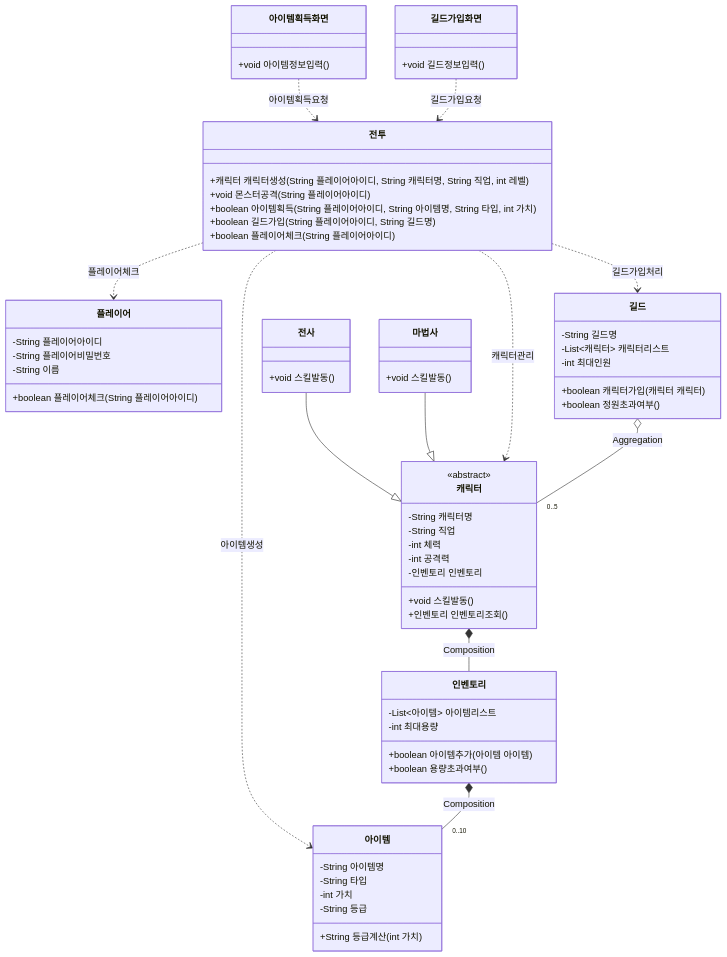
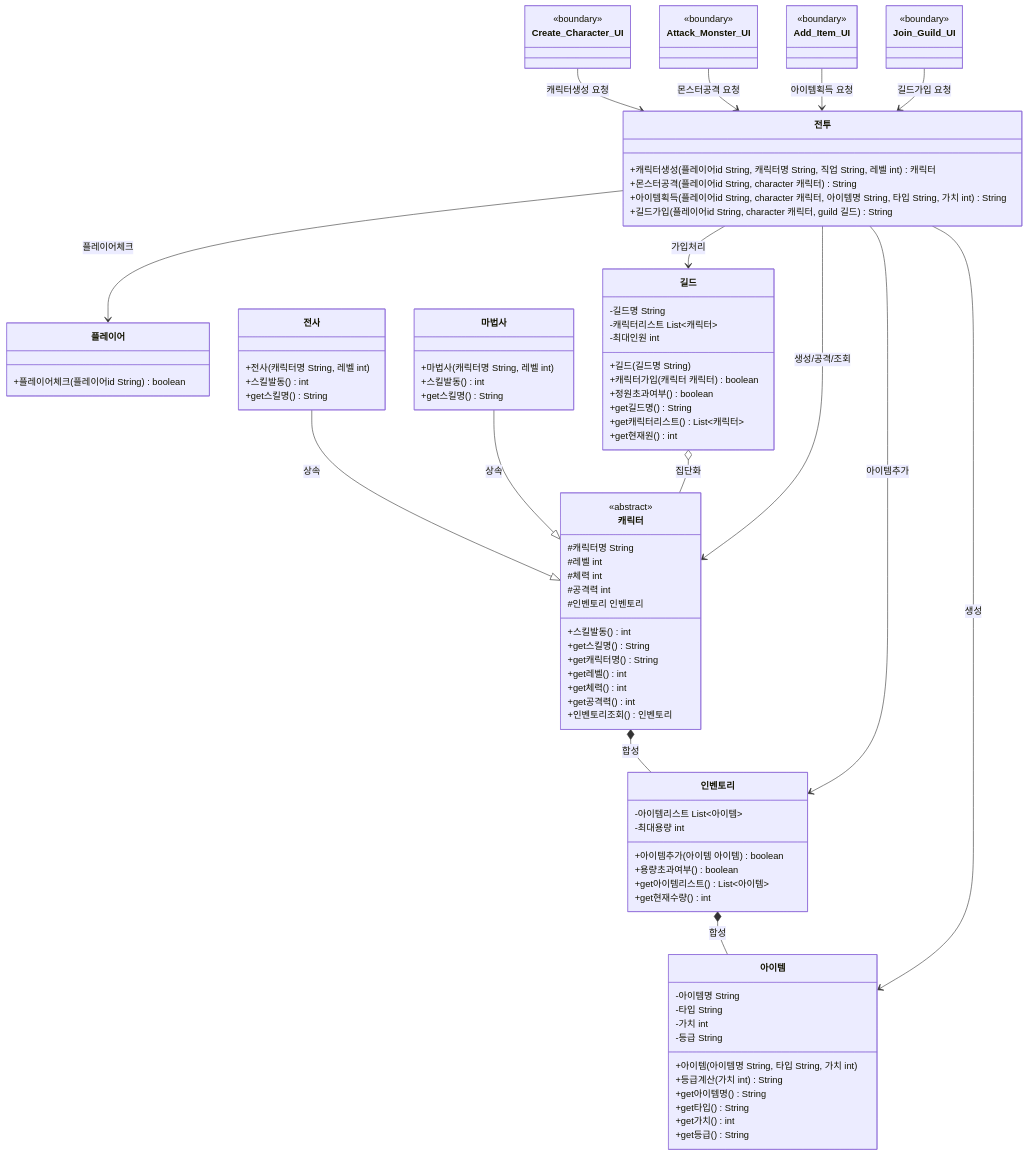
One commit to seonwung/DnF_Battle2_B_04 changed the diagram in classDiagram.md. Above: the diagram before and after it, drawn with Mermaid. The commit also changed 6 other files, not shown here.

````diff
--- a/classDiagram.md
+++ b/classDiagram.md
@@ -2,82 +2,109 @@
 classDiagram
 
     class 플레이어 {
-        -String 플레이어아이디
-        -String 플레이어비밀번호
-        -String 이름
-        +boolean 플레이어체크(String 플레이어아이디)
+        +플레이어체크(플레이어id String) boolean
     }
 
     class 캐릭터 {
         <<abstract>>
-        -String 캐릭터명
-        -String 직업
-        -int 체력
-        -int 공격력
-        -인벤토리 인벤토리
-        +void 스킬발동()
-        +인벤토리 인벤토리조회()
+        #캐릭터명 String
+        #레벨 int
+        #체력 int
+        #공격력 int
+        #인벤토리 인벤토리
+        +스킬발동() int
+        +get스킬명() String
+        +get캐릭터명() String
+        +get레벨() int
+        +get체력() int
+        +get공격력() int
+        +인벤토리조회() 인벤토리
     }
 
     class 전사 {
-        +void 스킬발동()
+        +전사(캐릭터명 String, 레벨 int)
+        +스킬발동() int
+        +get스킬명() String
     }
 
     class 마법사 {
-        +void 스킬발동()
+        +마법사(캐릭터명 String, 레벨 int)
+        +스킬발동() int
+        +get스킬명() String
     }
 
     class 전투 {
-        +캐릭터 캐릭터생성(String 플레이어아이디, String 캐릭터명, String 직업, int 레벨)
-        +void 몬스터공격(String 플레이어아이디)
-        +boolean 아이템획득(String 플레이어아이디, String 아이템명, String 타입, int 가치)
-        +boolean 길드가입(String 플레이어아이디, String 길드명)
-        +boolean 플레이어체크(String 플레이어아이디)
+        +캐릭터생성(플레이어id String, 캐릭터명 String, 직업 String, 레벨 int) 캐릭터
+        +몬스터공격(플레이어id String, character 캐릭터) String
+        +아이템획득(플레이어id String, character 캐릭터, 아이템명 String, 타입 String, 가치 int) String
+        +길드가입(플레이어id String, character 캐릭터, guild 길드) String
+    }
+
+    class 인벤토리 {
+        -아이템리스트 List~아이템~
+        -최대용량 int
+        +아이템추가(아이템 아이템) boolean
+        +용량초과여부() boolean
+        +get아이템리스트() List~아이템~
+        +get현재수량() int
     }
 
     class 아이템 {
-        -String 아이템명
-        -String 타입
-        -int 가치
-        -String 등급
-        +String 등급계산(int 가치)
-    }
-
-    class 인벤토리 {
-        -List~아이템~ 아이템리스트
-        -int 최대용량
-        +boolean 아이템추가(아이템 아이템)
-        +boolean 용량초과여부()
+        -아이템명 String
+        -타입 String
+        -가치 int
+        -등급 String
+        +아이템(아이템명 String, 타입 String, 가치 int)
+        +등급계산(가치 int) String
+        +get아이템명() String
+        +get타입() String
+        +get가치() int
+        +get등급() String
     }
 
     class 길드 {
-        -String 길드명
-        -List~캐릭터~ 캐릭터리스트
-        -int 최대인원
-        +boolean 캐릭터가입(캐릭터 캐릭터)
-        +boolean 정원초과여부()
+        -길드명 String
+        -캐릭터리스트 List~캐릭터~
+        -최대인원 int
+        +길드(길드명 String)
+        +캐릭터가입(캐릭터 캐릭터) boolean
+        +정원초과여부() boolean
+        +get길드명() String
+        +get캐릭터리스트() List~캐릭터~
+        +get현재원() int
     }
 
-    class 아이템획득화면 {
-        +void 아이템정보입력()
+    class Create_Character_UI {
+        <<boundary>>
     }
 
-    class 길드가입화면 {
-        +void 길드정보입력()
+    class Attack_Monster_UI {
+        <<boundary>>
     }
 
-    전사 --|> 캐릭터
-    마법사 --|> 캐릭터
+    class Add_Item_UI {
+        <<boundary>>
+    }
 
-    아이템획득화면 ..> 전투 : 아이템획득요청
-    길드가입화면 ..> 전투 : 길드가입요청
+    class Join_Guild_UI {
+        <<boundary>>
+    }
 
-    전투 ..> 플레이어 : 플레이어체크
-    전투 ..> 캐릭터 : 캐릭터관리
-    전투 ..> 아이템 : 아이템생성
-    전투 ..> 길드 : 길드가입처리
+    전사 --|> 캐릭터 : 상속
+    마법사 --|> 캐릭터 : 상속
 
-    캐릭터 *-- 인벤토리 : Composition
-    인벤토리 *-- "0..10" 아이템 : Composition
-    길드 o-- "0..5" 캐릭터 : Aggregation
+    캐릭터 *-- 인벤토리 : 합성
+    인벤토리 *-- 아이템 : 합성
+    길드 o-- 캐릭터 : 집단화
+
+    Create_Character_UI --> 전투 : 캐릭터생성 요청
+    Attack_Monster_UI --> 전투 : 몬스터공격 요청
+    Add_Item_UI --> 전투 : 아이템획득 요청
+    Join_Guild_UI --> 전투 : 길드가입 요청
+
+    전투 --> 플레이어 : 플레이어체크
+    전투 --> 캐릭터 : 생성/공격/조회
+    전투 --> 아이템 : 생성
+    전투 --> 인벤토리 : 아이템추가
+    전투 --> 길드 : 가입처리
 ```
````
